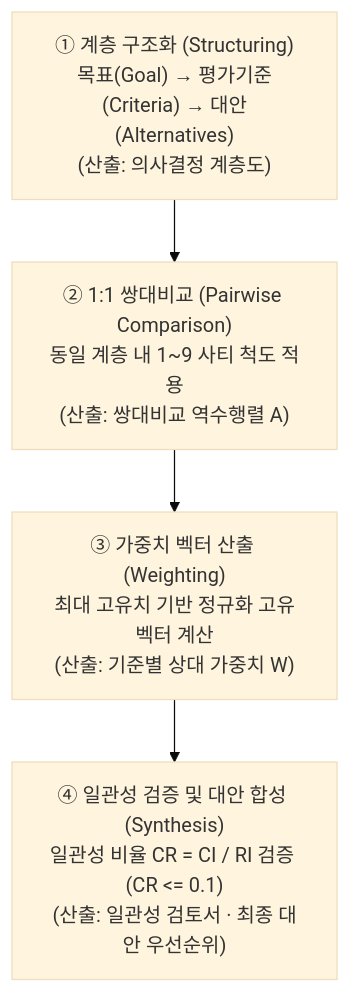
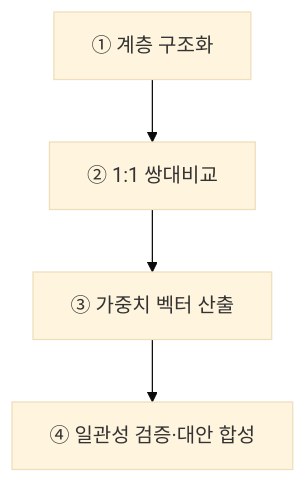
One commit to agnusdei1207/study changed the third of 3 diagrams in src/content/docs/notes/itpe/01-it-strategy/075_ahp.md. Above: the diagram before and after it, drawn with Mermaid (base theme). The commit also changed other lines of this file and 19 other files, not shown here.

````diff
--- a/src/content/docs/notes/itpe/01-it-strategy/075_ahp.md
+++ b/src/content/docs/notes/itpe/01-it-strategy/075_ahp.md
@@ -160,9 +140,4 @@
 ```mermaid
 flowchart TD
-    S1["① 계층 구조화 (Structuring)<br/>목표(Goal) → 평가기준(Criteria) → 대안(Alternatives)<br/>(산출: 의사결정 계층도)"]
-    S2["② 1:1 쌍대비교 (Pairwise Comparison)<br/>동일 계층 내 1~9 사티 척도 적용<br/>(산출: 쌍대비교 역수행렬 A)"]
-    S3["③ 가중치 벡터 산출 (Weighting)<br/>최대 고유치 기반 정규화 고유벡터 계산<br/>(산출: 기준별 상대 가중치 W)"]
-    S4["④ 일관성 검증 및 대안 합성 (Synthesis)<br/>일관성 비율 CR = CI / RI 검증 (CR <= 0.1)<br/>(산출: 일관성 검토서 · 최종 대안 우선순위)"]
-
-    S1 --> S2 --> S3 --> S4
+    S1["① 계층 구조화"] --> S2["② 1:1 쌍대비교"] --> S3["③ 가중치 벡터 산출"] --> S4["④ 일관성 검증·대안 합성"]
 ```
````
